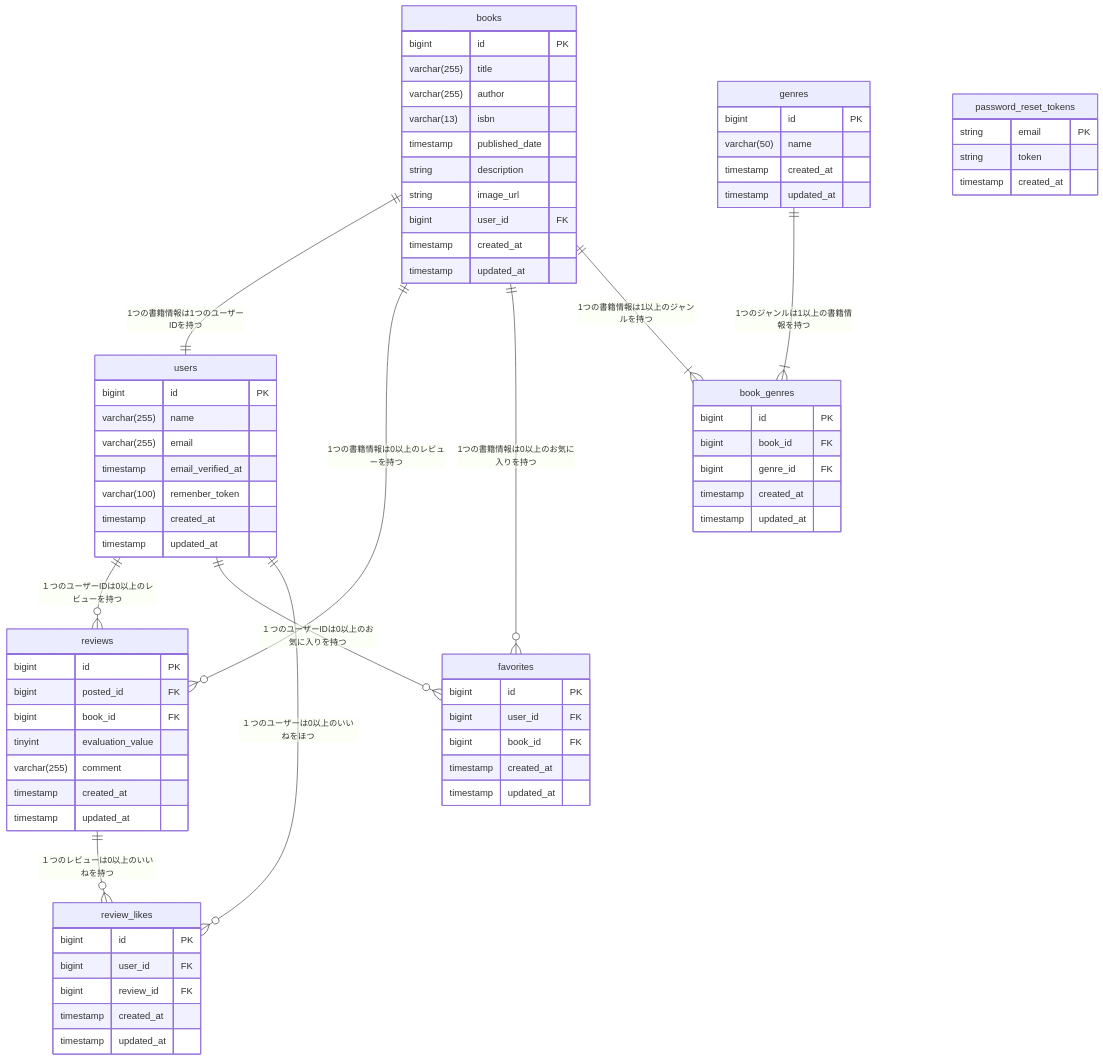
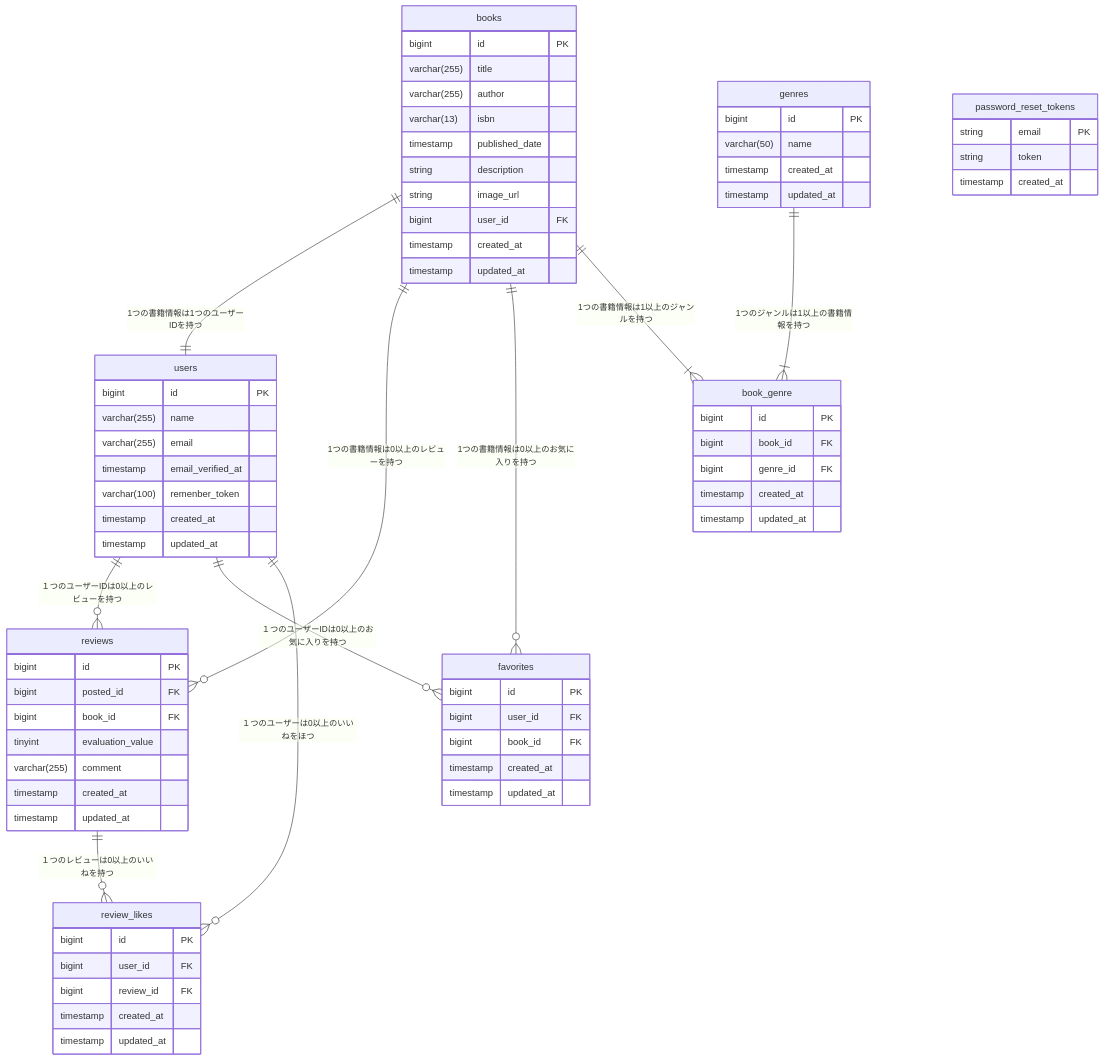
Before and after one commit to fm5889rx/BookShelf-app: the diagram in ER-Diagram.md, drawn with Mermaid. The commit also changed 18 other files, not shown here.

````diff
--- a/ER-Diagram.md
+++ b/ER-Diagram.md
@@ -1,83 +1,83 @@
 ```mermaid
 erDiagram
   books ||--|| users : "1つの書籍情報は1つのユーザーIDを持つ"
   books ||--o{ reviews : "1つの書籍情報は0以上のレビューを持つ"
   books ||--o{ favorites : "1つの書籍情報は0以上のお気に入りを持つ"
-  books ||--|{ book_genres : "1つの書籍情報は1以上のジャンルを持つ"
-  genres ||--|{ book_genres : "1つのジャンルは1以上の書籍情報を持つ"
+  books ||--|{ book_genre : "1つの書籍情報は1以上のジャンルを持つ"
+  genres ||--|{ book_genre : "1つのジャンルは1以上の書籍情報を持つ"
   users ||--o{ reviews : "１つのユーザーIDは0以上のレビューを持つ"
   users ||--o{ favorites : "１つのユーザーIDは0以上のお気に入りを持つ"
   users ||--o{ review_likes : "１つのユーザーは0以上のいいねをほつ"
   reviews ||--o{ review_likes : "１つのレビューは0以上のいいねを持つ"
-  
+
   users {
     bigint          id                  PK
     varchar(255)    name
     varchar(255)    email
     timestamp       email_verified_at
     varchar(100)    remenber_token
     timestamp       created_at
     timestamp       updated_at
   }
 
   books {
     bigint          id                  PK
     varchar(255)    title
     varchar(255)    author
     varchar(13)     isbn
     timestamp       published_date
     string          description
     string          image_url
     bigint          user_id             FK
     timestamp       created_at
     timestamp       updated_at
   }
 
   genres {
     bigint          id                  PK
     varchar(50)     name
     timestamp       created_at
     timestamp       updated_at
   }
 
   reviews {
     bigint          id                  PK
     bigint          posted_id           FK
     bigint          book_id             FK
     tinyint         evaluation_value
     varchar(255)    comment
     timestamp       created_at
     timestamp       updated_at
   }
 
-  book_genres {
+  book_genre {
     bigint          id                  PK
     bigint          book_id             FK
     bigint          genre_id            FK
     timestamp       created_at
     timestamp       updated_at
   }
 
   favorites {
     bigint          id                  PK
     bigint          user_id             FK
     bigint          book_id             FK
     timestamp       created_at
     timestamp       updated_at
   }
 
   review_likes {
     bigint          id                  PK
     bigint          user_id             FK
     bigint          review_id           FK
     timestamp       created_at
     timestamp       updated_at
   }
 
   password_reset_tokens {
     string          email               PK
     string          token
     timestamp       created_at
   }
 
 ```
````
